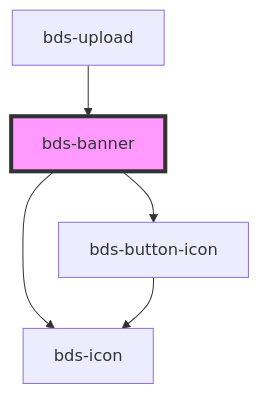
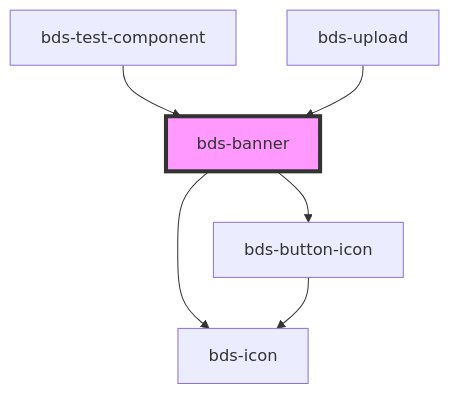
The diagram in src/components/banner/readme.md (takenet/blip-ds), drawn with Mermaid before and after one commit. The commit also changed other lines of this file and 73 other files, not shown here.

````diff
--- a/src/components/banner/readme.md
+++ b/src/components/banner/readme.md
@@ -50,8 +51,9 @@
 ```mermaid
 graph TD;
   bds-banner --> bds-icon
   bds-banner --> bds-button-icon
   bds-button-icon --> bds-icon
+  bds-test-component --> bds-banner
   bds-upload --> bds-banner
   style bds-banner fill:#f9f,stroke:#333,stroke-width:4px
 ```
````
